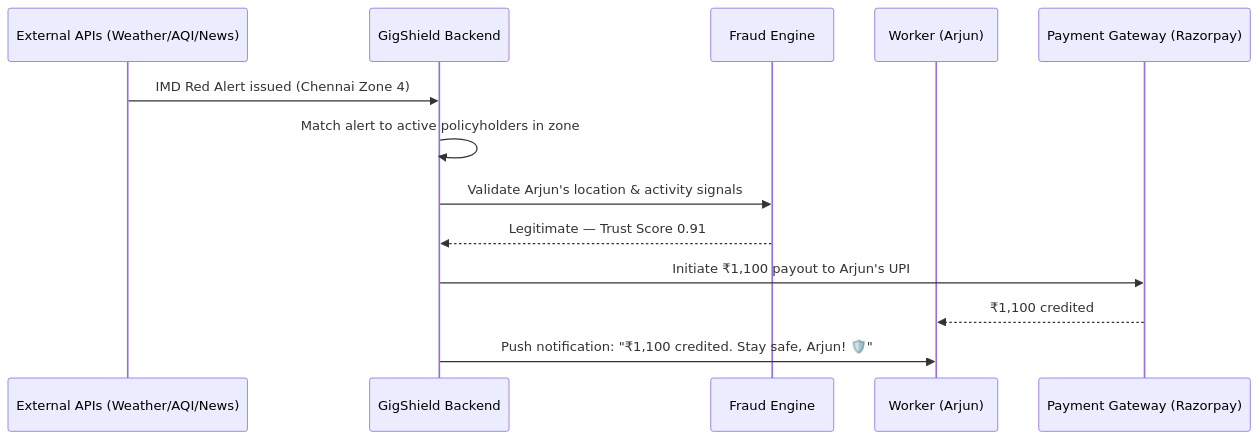
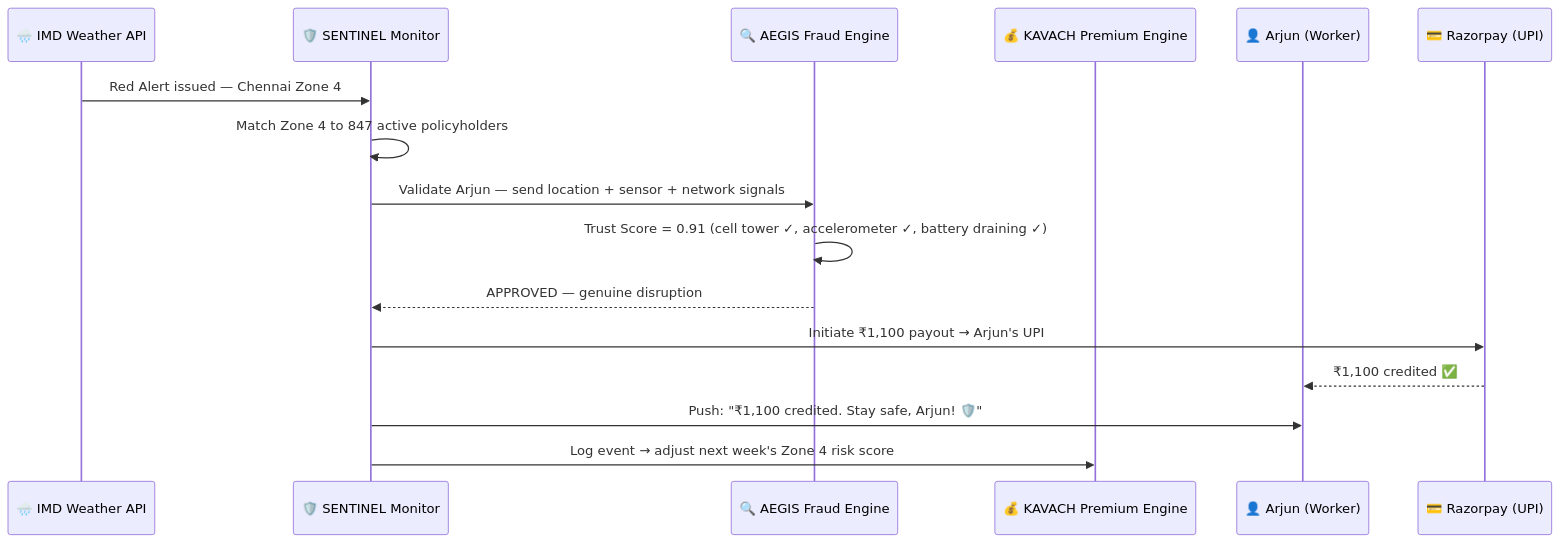
One commit to rox-dev6/gw changed the second of 8 diagrams in README.md. Above: the diagram before and after it, drawn with Mermaid. The commit also changed other lines of this file, not shown here.

````diff
--- a/README.md
+++ b/README.md
@@ -104,16 +181,19 @@
 ```mermaid
 sequenceDiagram
-    participant API as External APIs (Weather/AQI/News)
-    participant S as GigShield Backend
-    participant F as Fraud Engine
-    participant W as Worker (Arjun)
-    participant P as Payment Gateway (Razorpay)
+    participant IMD as 🌧️ IMD Weather API
+    participant S as 🛡️ SENTINEL Monitor
+    participant A as 🔍 AEGIS Fraud Engine
+    participant K as 💰 KAVACH Premium Engine
+    participant W as 👤 Arjun (Worker)
+    participant R as 💳 Razorpay (UPI)
 
-    API->>S: IMD Red Alert issued (Chennai Zone 4)
-    S->>S: Match alert to active policyholders in zone
-    S->>F: Validate Arjun's location & activity signals
-    F-->>S: Legitimate — Trust Score 0.91
-    S->>P: Initiate ₹1,100 payout to Arjun's UPI
-    P-->>W: ₹1,100 credited
-    S->>W: Push notification: "₹1,100 credited. Stay safe, Arjun! 🛡️"
+    IMD->>S: Red Alert issued — Chennai Zone 4
+    S->>S: Match Zone 4 to 847 active policyholders
+    S->>A: Validate Arjun — send location + sensor + network signals
+    A->>A: Trust Score = 0.91 (cell tower ✓, accelerometer ✓, battery draining ✓)
+    A-->>S: APPROVED — genuine disruption
+    S->>R: Initiate ₹1,100 payout → Arjun's UPI
+    R-->>W: ₹1,100 credited ✅
+    S->>W: Push: "₹1,100 credited. Stay safe, Arjun! 🛡️"
+    S->>K: Log event → adjust next week's Zone 4 risk score
 ```
````
